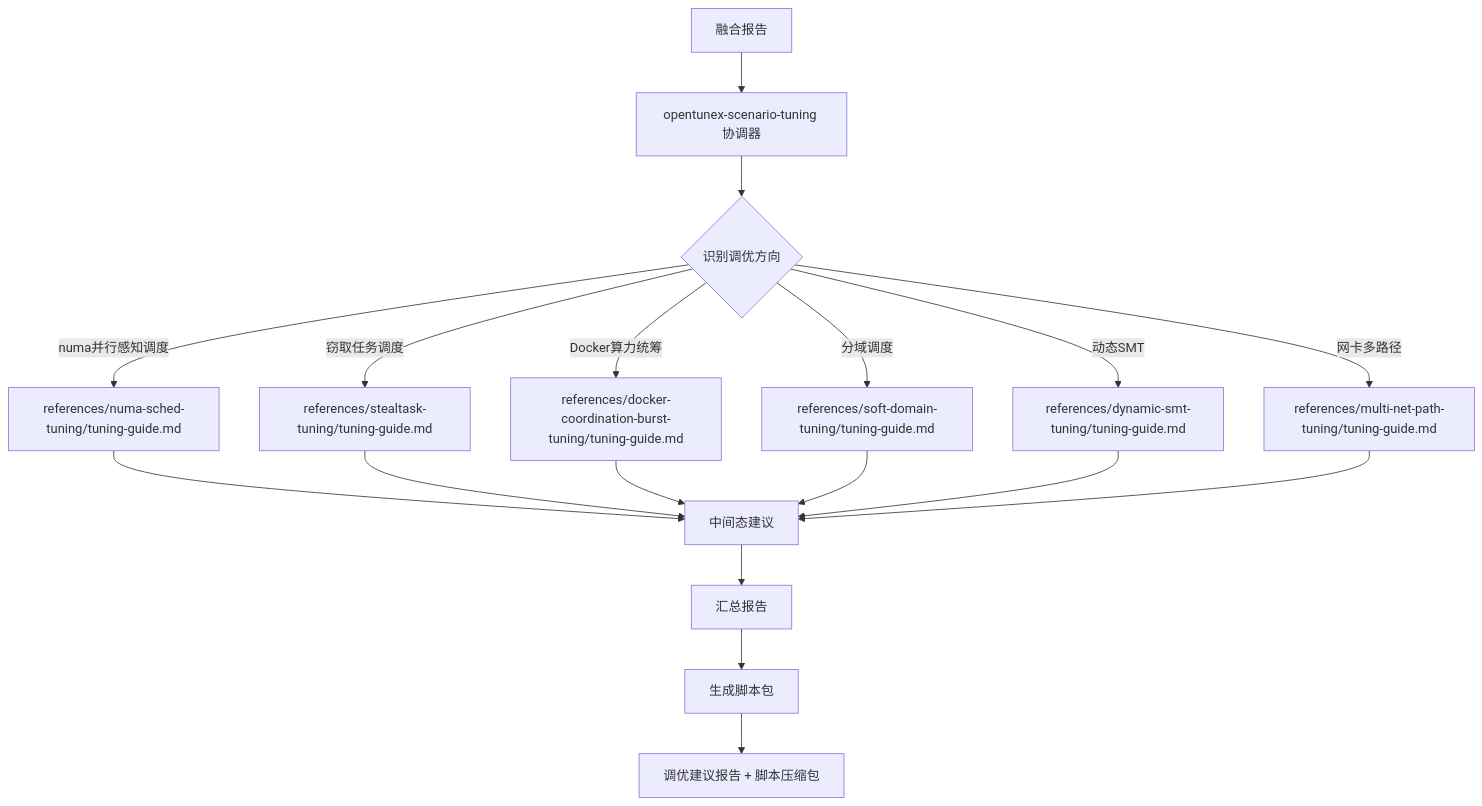
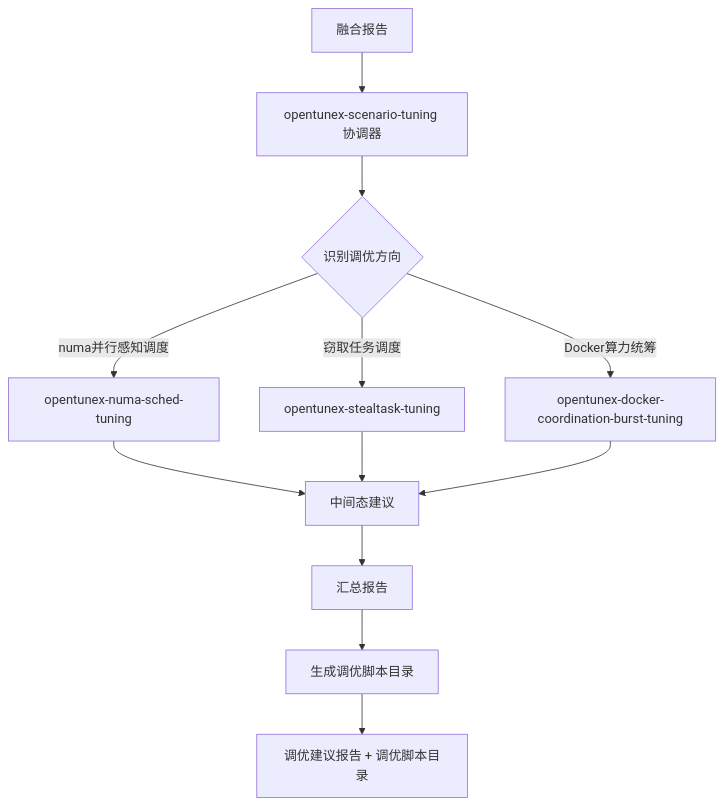
Before and after one commit to openeuler-mirror/witty-opentunex: the diagram in skills/optimization/opentunex-scenario-tuning/DESIGN.md, drawn with Mermaid. The commit also changed other lines of this file and 15 other files, not shown here.

Commit message:
modify witty-opentunex skill. modify opentunex-scenario-bottleneck skill: Optimize data acquisition, sub-skill orchestration,define ${WORK_DIR} and constraints. modify opentunex-scenario-tuning skill: constraint, remove packaging.

````diff
--- a/skills/optimization/opentunex-scenario-tuning/DESIGN.md
+++ b/skills/optimization/opentunex-scenario-tuning/DESIGN.md
@@ -74,20 +70,14 @@
 ```mermaid
 flowchart TD
     A[融合报告] --> B[opentunex-scenario-tuning 协调器]
     B --> C{识别调优方向}
-    C -->|numa并行感知调度| D1[references/numa-sched-tuning/tuning-guide.md]
-    C -->|窃取任务调度| D2[references/stealtask-tuning/tuning-guide.md]
-    C -->|Docker算力统筹| D3[references/docker-coordination-burst-tuning/tuning-guide.md]
-    C -->|分域调度| D4[references/soft-domain-tuning/tuning-guide.md]
-    C -->|动态SMT| D5[references/dynamic-smt-tuning/tuning-guide.md]
-    C -->|网卡多路径| D6[references/multi-net-path-tuning/tuning-guide.md]
+    C -->|numa并行感知调度| D1[opentunex-numa-sched-tuning]
+    C -->|窃取任务调度| D2[opentunex-stealtask-tuning]
+    C -->|Docker算力统筹| D3[opentunex-docker-coordination-burst-tuning]
     D1 --> E[中间态建议]
     D2 --> E
     D3 --> E
-    D4 --> E
-    D5 --> E
-    D6 --> E
     E --> F[汇总报告]
-    F --> G[生成脚本包]
-    G --> H[调优建议报告 + 脚本压缩包]
+    F --> G[生成调优脚本目录]
+    G --> H[调优建议报告 + 调优脚本目录]
 ```
````
